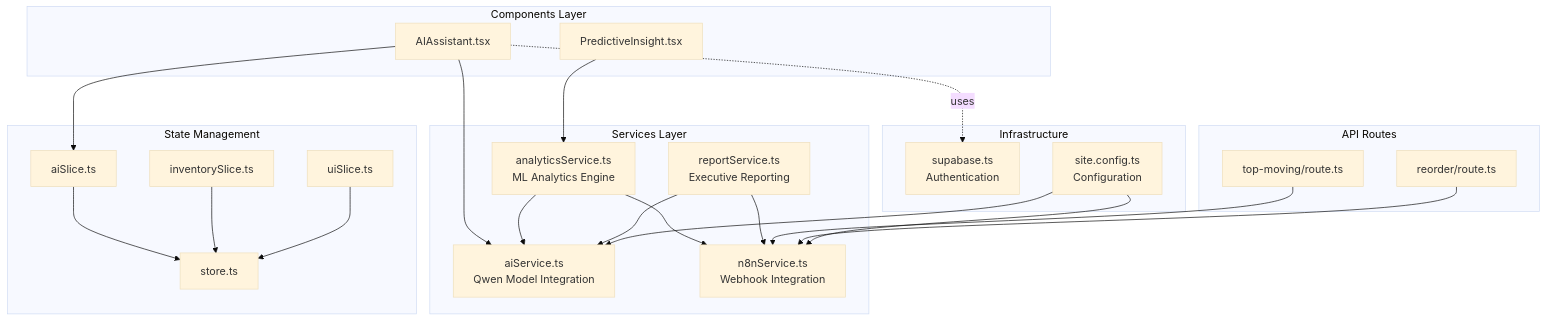
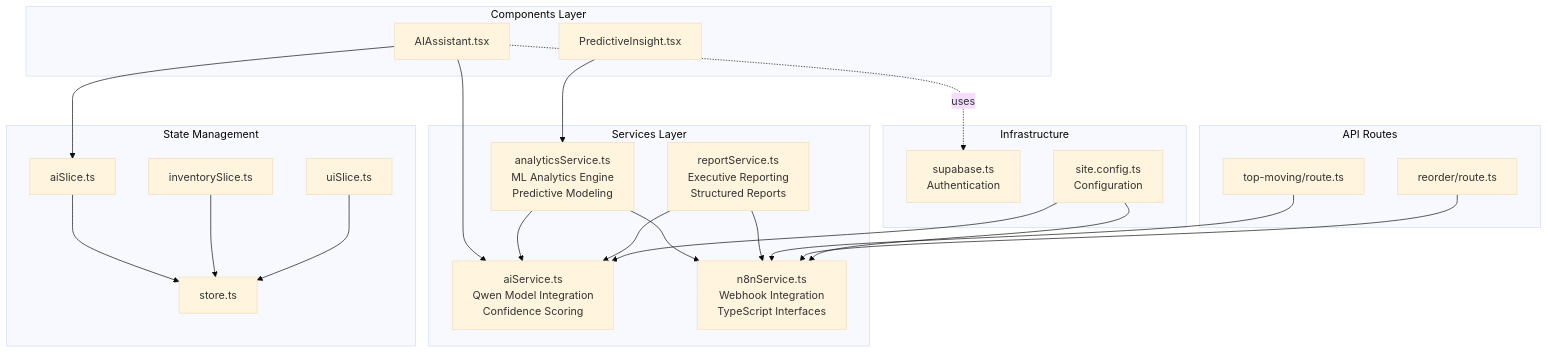
Before and after one commit to cacamarica/dashboard-ai: the first of 9 diagrams in .qoder/repowiki/en/content/Services Layer/Services Layer.md, drawn with Mermaid (base theme). The commit also changed other lines of this file and 5 other files, not shown here.

First line of the commit message:
feat(ai-assistant): enhance AI integration with TypeScript and confidence scoring

````diff
--- a/.qoder/repowiki/en/content/Services Layer/Services Layer.md
+++ b/.qoder/repowiki/en/content/Services Layer/Services Layer.md
@@ -58,42 +56,42 @@
 ```mermaid
 graph TB
 subgraph "Components Layer"
 AIA["AIAssistant.tsx"]
 PI["PredictiveInsight.tsx"]
 end
 subgraph "Services Layer"
-AIS["aiService.ts<br/>Qwen Model Integration"]
-ANS["analyticsService.ts<br/>ML Analytics Engine"]
-NS["n8nService.ts<br/>Webhook Integration"]
-RS["reportService.ts<br/>Executive Reporting"]
+AIS["aiService.ts<br/>Qwen Model Integration<br/>Confidence Scoring"]
+ANS["analyticsService.ts<br/>ML Analytics Engine<br/>Predictive Modeling"]
+NS["n8nService.ts<br/>Webhook Integration<br/>TypeScript Interfaces"]
+RS["reportService.ts<br/>Executive Reporting<br/>Structured Reports"]
 end
 subgraph "API Routes"
 TM["top-moving/route.ts"]
 RA["reorder/route.ts"]
 end
 subgraph "State Management"
 AS["aiSlice.ts"]
 IS["inventorySlice.ts"]
 US["uiSlice.ts"]
 ST["store.ts"]
 end
 subgraph "Infrastructure"
 SB["supabase.ts<br/>Authentication"]
 SC["site.config.ts<br/>Configuration"]
 end
 AIA --> AIS
 AIA --> AS
 PI --> ANS
 ANS --> AIS
 ANS --> NS
 RS --> AIS
 RS --> NS
 TM --> NS
 RA --> NS
 AIA -. uses .-> SB
 AS --> ST
 IS --> ST
 US --> ST
 SC --> NS
 SC --> AIS
 ```
````
